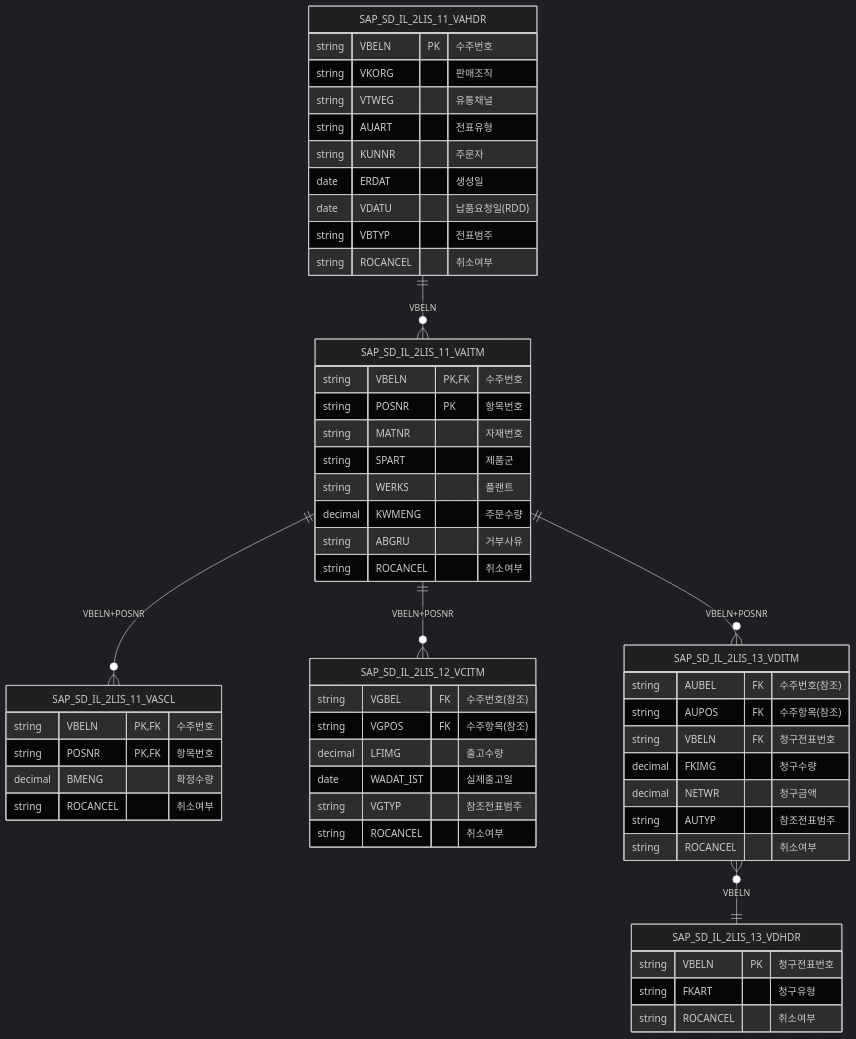
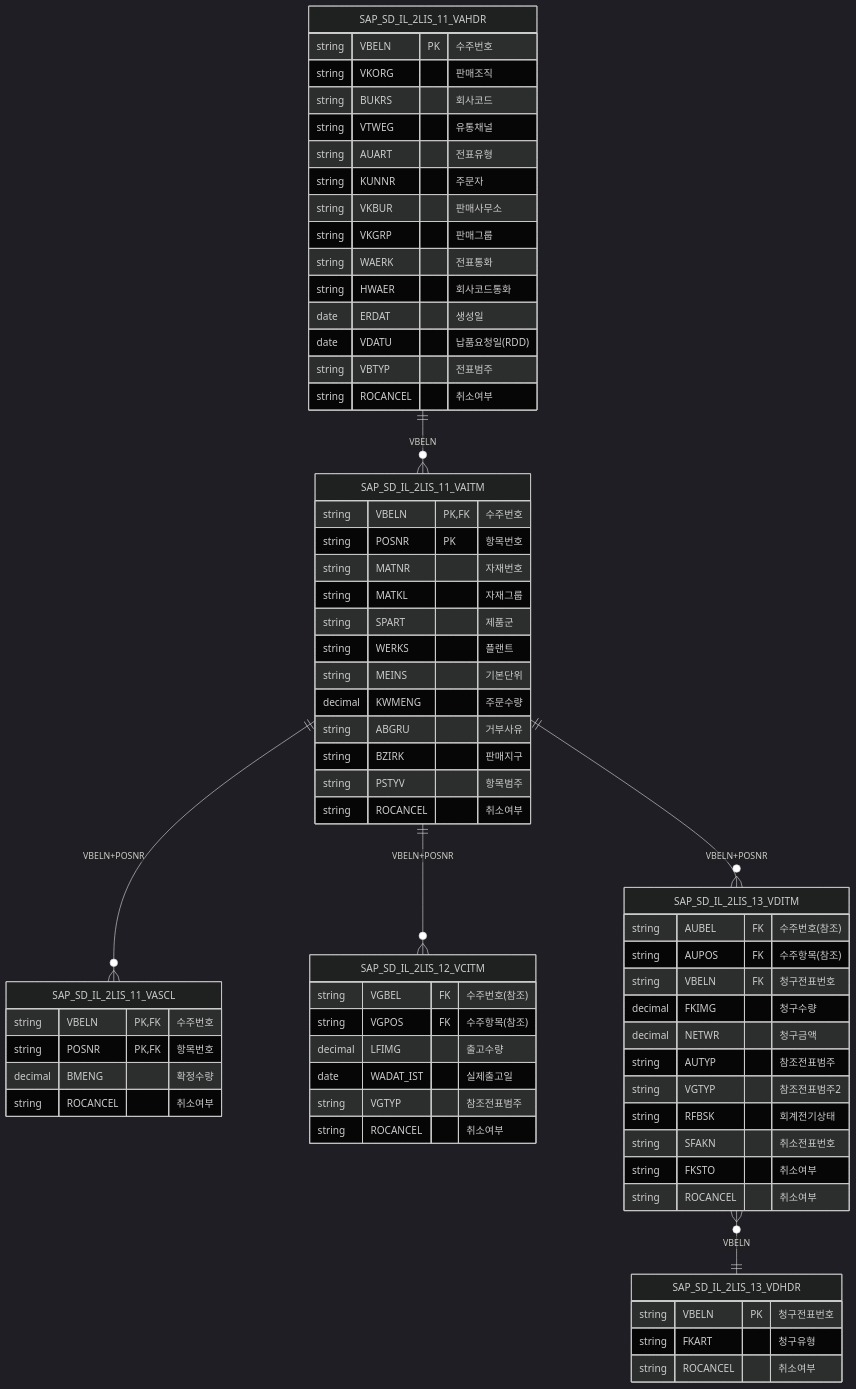
Before and after one commit to youngseols925/sap-datasphere-bdc-workshop: the first of 3 diagrams in labs/lab4a-odp-fact-view-am.md, drawn with Mermaid (dark theme). The commit also changed other lines of this file and 5 other files, not shown here.

````diff
--- a/labs/lab4a-odp-fact-view-am.md
+++ b/labs/lab4a-odp-fact-view-am.md
@@ -24,58 +24,71 @@
 ```mermaid
 erDiagram
     SAP_SD_IL_2LIS_11_VAHDR ||--o{ SAP_SD_IL_2LIS_11_VAITM : "VBELN"
     SAP_SD_IL_2LIS_11_VAITM ||--o{ SAP_SD_IL_2LIS_11_VASCL : "VBELN+POSNR"
     SAP_SD_IL_2LIS_11_VAITM ||--o{ SAP_SD_IL_2LIS_12_VCITM : "VBELN+POSNR"
     SAP_SD_IL_2LIS_11_VAITM ||--o{ SAP_SD_IL_2LIS_13_VDITM : "VBELN+POSNR"
     SAP_SD_IL_2LIS_13_VDITM }o--|| SAP_SD_IL_2LIS_13_VDHDR : "VBELN"
 
     SAP_SD_IL_2LIS_11_VAHDR {
         string VBELN PK "수주번호"
         string VKORG "판매조직"
+        string BUKRS "회사코드"
         string VTWEG "유통채널"
         string AUART "전표유형"
         string KUNNR "주문자"
+        string VKBUR "판매사무소"
+        string VKGRP "판매그룹"
+        string WAERK "전표통화"
+        string HWAER "회사코드통화"
         date ERDAT "생성일"
         date VDATU "납품요청일(RDD)"
         string VBTYP "전표범주"
         string ROCANCEL "취소여부"
     }
     SAP_SD_IL_2LIS_11_VAITM {
         string VBELN PK,FK "수주번호"
         string POSNR PK "항목번호"
         string MATNR "자재번호"
+        string MATKL "자재그룹"
         string SPART "제품군"
         string WERKS "플랜트"
+        string MEINS "기본단위"
         decimal KWMENG "주문수량"
         string ABGRU "거부사유"
+        string BZIRK "판매지구"
+        string PSTYV "항목범주"
         string ROCANCEL "취소여부"
     }
     SAP_SD_IL_2LIS_11_VASCL {
         string VBELN PK,FK "수주번호"
         string POSNR PK,FK "항목번호"
         decimal BMENG "확정수량"
         string ROCANCEL "취소여부"
     }
     SAP_SD_IL_2LIS_12_VCITM {
         string VGBEL FK "수주번호(참조)"
         string VGPOS FK "수주항목(참조)"
         decimal LFIMG "출고수량"
         date WADAT_IST "실제출고일"
         string VGTYP "참조전표범주"
         string ROCANCEL "취소여부"
     }
     SAP_SD_IL_2LIS_13_VDITM {
         string AUBEL FK "수주번호(참조)"
         string AUPOS FK "수주항목(참조)"
         string VBELN FK "청구전표번호"
         decimal FKIMG "청구수량"
         decimal NETWR "청구금액"
         string AUTYP "참조전표범주"
+        string VGTYP "참조전표범주2"
+        string RFBSK "회계전기상태"
+        string SFAKN "취소전표번호"
+        string FKSTO "취소여부"
         string ROCANCEL "취소여부"
     }
     SAP_SD_IL_2LIS_13_VDHDR {
         string VBELN PK "청구전표번호"
         string FKART "청구유형"
         string ROCANCEL "취소여부"
     }
 ```
````
